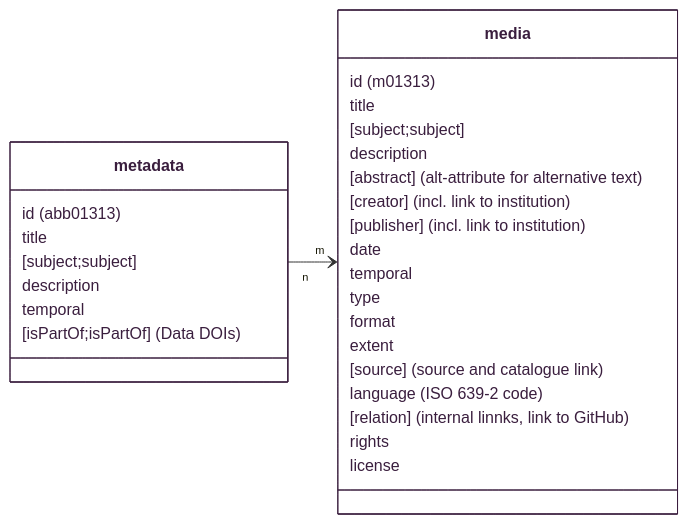
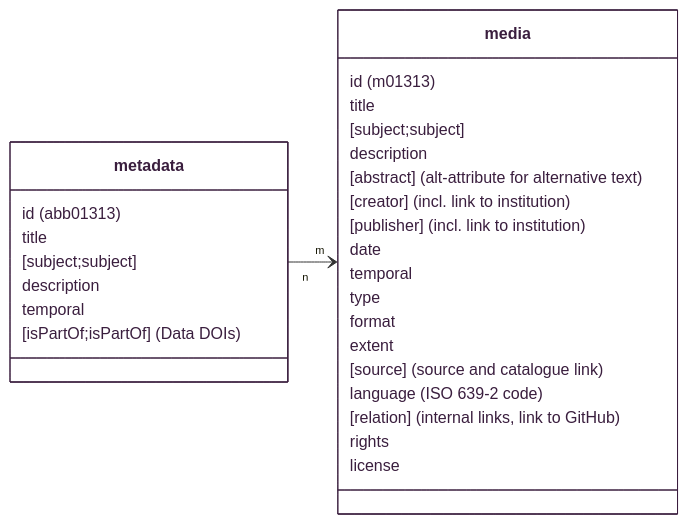
Before and after one commit to Stadt-Geschichte-Basel/forschung.stadtgeschichtebasel.ch: the diagram in README.md, drawn with Mermaid.

Commit message:
fix: fix typo

````diff
--- a/README.md
+++ b/README.md
@@ -56,34 +56,34 @@
 ```mermaid
     classDiagram
     direction LR
         class metadata {
             id &lpar;abb01313&rpar;
             title
             [subject;subject]
             description
             temporal
             [isPartOf;isPartOf] &lpar;Data DOIs&rpar;
         }
         class media {
             id &lpar;m01313&rpar;
             title
             [subject;subject]
             description
             [abstract] &lpar;alt-attribute for alternative text&rpar;
             [creator] &lpar;incl. link to institution&rpar;
             [publisher] &lpar;incl. link to institution&rpar;
             date
             temporal
             type
             format
             extent
             [source] &lpar;source and catalogue link&rpar;
             language &lpar;ISO 639-2 code&rpar;
-            [relation] &lpar;internal linnks, link to GitHub&rpar;
+            [relation] &lpar;internal links, link to GitHub&rpar;
             rights
             license
         }
     metadata "n" --> "m" media
     style metadata stroke:#3a1e3e,fill:#fff,color:#3a1e3e
     style media stroke:#3a1e3e,fill:#fff,color:#3a1e3e
 ```
````
